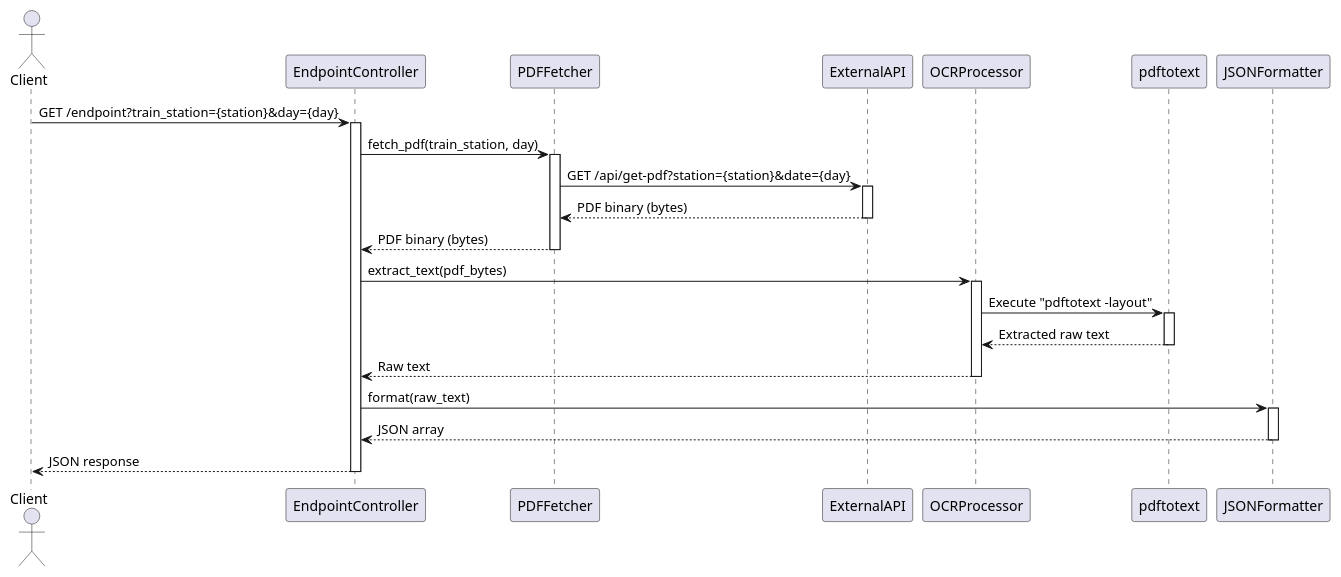
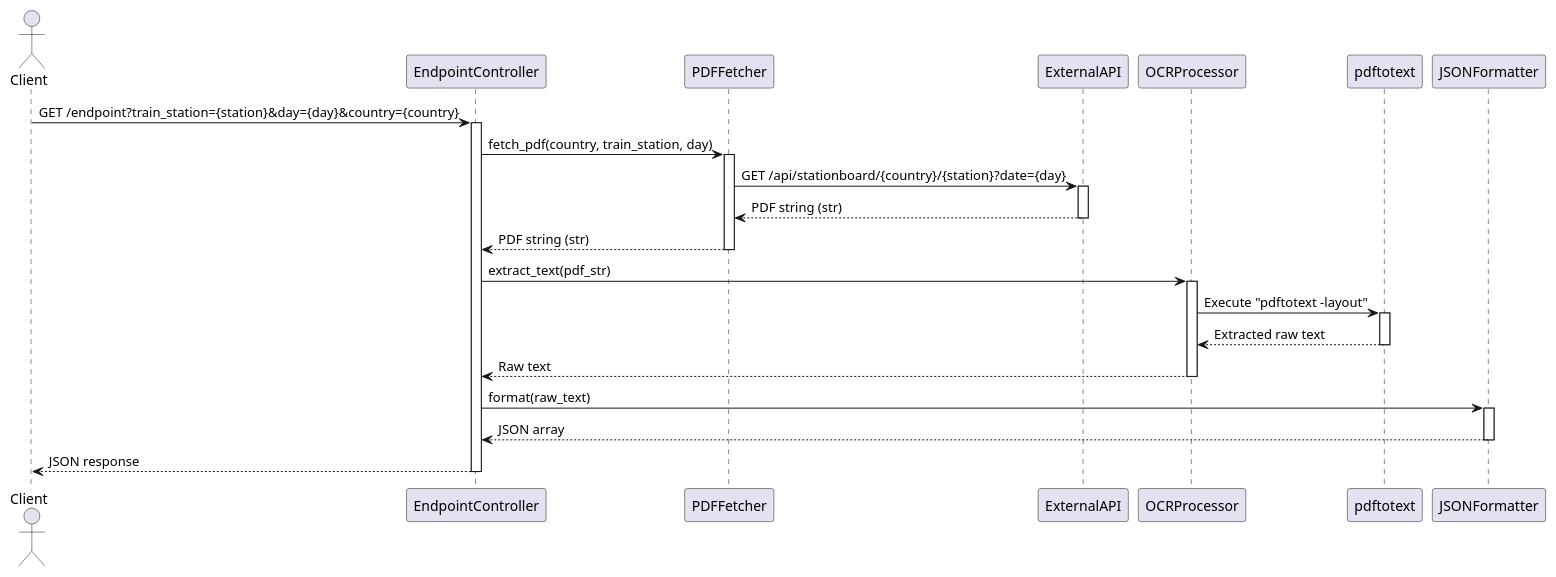
One commit to CPNV-ES-BI1-RIA2-ETL-INTERNAL-SOURCE/INTERNAL-SOURCE-EXTRACT changed the diagram in diagrams/sequenceDiagram.puml. Above: the diagram before and after it, drawn with PlantUML.

Commit message:
docs: update sequence diagram

```diff
--- a/diagrams/sequenceDiagram.puml
+++ b/diagrams/sequenceDiagram.puml
@@ -1,36 +1,36 @@
 @startuml
 actor Client
 
-Client -> EndpointController : GET /endpoint?train_station={station}&day={day}
+Client -> EndpointController : GET /endpoint?train_station={station}&day={day}&country={country}
 activate EndpointController
 
-EndpointController -> PDFFetcher : fetch_pdf(train_station, day)
+EndpointController -> PDFFetcher : fetch_pdf(country, train_station, day)
 activate PDFFetcher
 
-PDFFetcher -> ExternalAPI : GET /api/get-pdf?station={station}&date={day}
+PDFFetcher -> ExternalAPI : GET /api/stationboard/{country}/{station}?date={day}
 activate ExternalAPI
-ExternalAPI --> PDFFetcher : PDF binary (bytes)
+ExternalAPI --> PDFFetcher : PDF string (str)
 deactivate ExternalAPI
 
-PDFFetcher --> EndpointController : PDF binary (bytes)
+PDFFetcher --> EndpointController : PDF string (str)
 deactivate PDFFetcher
 
-EndpointController -> OCRProcessor : extract_text(pdf_bytes)
+EndpointController -> OCRProcessor : extract_text(pdf_str)
 activate OCRProcessor
 
 OCRProcessor -> pdftotext : Execute "pdftotext -layout"
 activate pdftotext
 pdftotext --> OCRProcessor : Extracted raw text
 deactivate pdftotext
 
 OCRProcessor --> EndpointController : Raw text
 deactivate OCRProcessor
 
 EndpointController -> JSONFormatter : format(raw_text)
 activate JSONFormatter
 JSONFormatter --> EndpointController : JSON array
 deactivate JSONFormatter
 
 EndpointController --> Client : JSON response
 deactivate EndpointController
 @enduml
```
